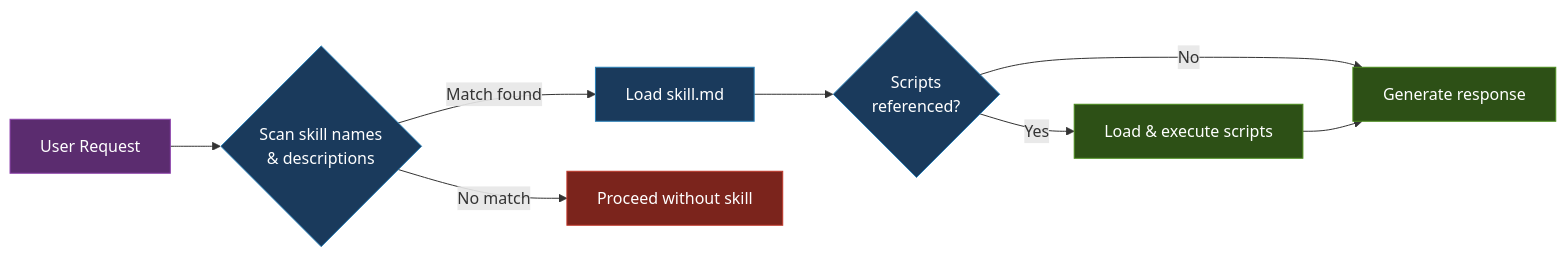
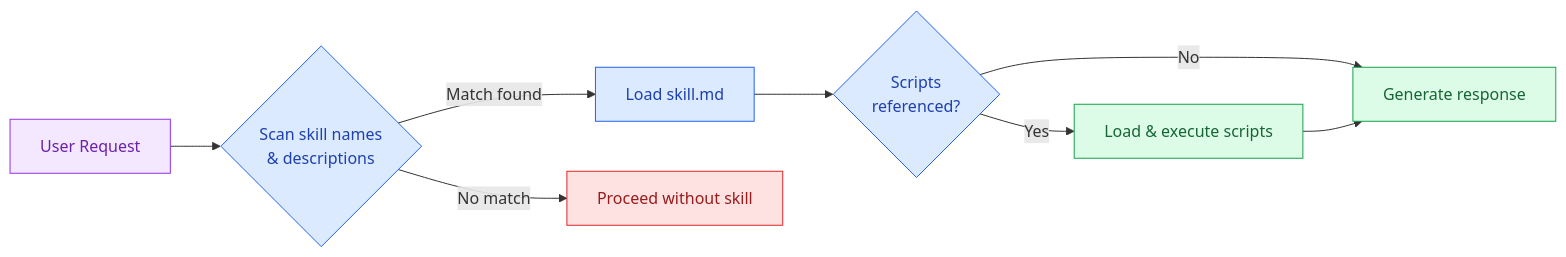
Before and after one commit to raj-champion-trader/rajchampaneriya.github.io: the third of 4 diagrams in hugo-site/content/blog/2026/01/2.agent-skills-the-new-shiny-object-you-actually-need.md, drawn with Mermaid. The commit also changed other lines of this file and 4 other files, not shown here.

Commit message:
style: Enhance Mermaid diagram support with semantic node classes and guidelines for consistent theming

````diff
--- a/hugo-site/content/blog/2026/01/2.agent-skills-the-new-shiny-object-you-actually-need.md
+++ b/hugo-site/content/blog/2026/01/2.agent-skills-the-new-shiny-object-you-actually-need.md
@@ -145,18 +142,15 @@
 ```mermaid
 flowchart LR
-    A["User Request"] --> B{"Scan skill names<br/>& descriptions"}
-    B -->|Match found| C["Load skill.md"]
-    B -->|No match| G["Proceed without skill"]
-    C --> D{"Scripts<br/>referenced?"}
-    D -->|Yes| E["Load & execute scripts"]
-    D -->|No| F["Generate response"]
+    classDef primary fill:#dbeafe,stroke:#2563eb,color:#1e40af
+    classDef secondary fill:#dcfce7,stroke:#16a34a,color:#166534
+    classDef highlight fill:#f3e8ff,stroke:#9333ea,color:#6b21a8
+    classDef danger fill:#fee2e2,stroke:#dc2626,color:#991b1b
+
+    A["User Request"]:::highlight --> B{"Scan skill names<br/>& descriptions"}:::primary
+    B -->|Match found| C["Load skill.md"]:::primary
+    B -->|No match| G["Proceed without skill"]:::danger
+    C --> D{"Scripts<br/>referenced?"}:::primary
+    D -->|Yes| E["Load & execute scripts"]:::secondary
+    D -->|No| F["Generate response"]:::secondary
     E --> F
-
-    style A fill:#5b2c6f,stroke:#8e44ad,color:#fff
-    style B fill:#1a3a5c,stroke:#2980b9,color:#fff
-    style C fill:#1a3a5c,stroke:#2980b9,color:#fff
-    style D fill:#1a3a5c,stroke:#2980b9,color:#fff
-    style E fill:#2d5016,stroke:#4a8c1c,color:#fff
-    style F fill:#2d5016,stroke:#4a8c1c,color:#fff
-    style G fill:#7b241c,stroke:#c0392b,color:#fff
 ```
````
